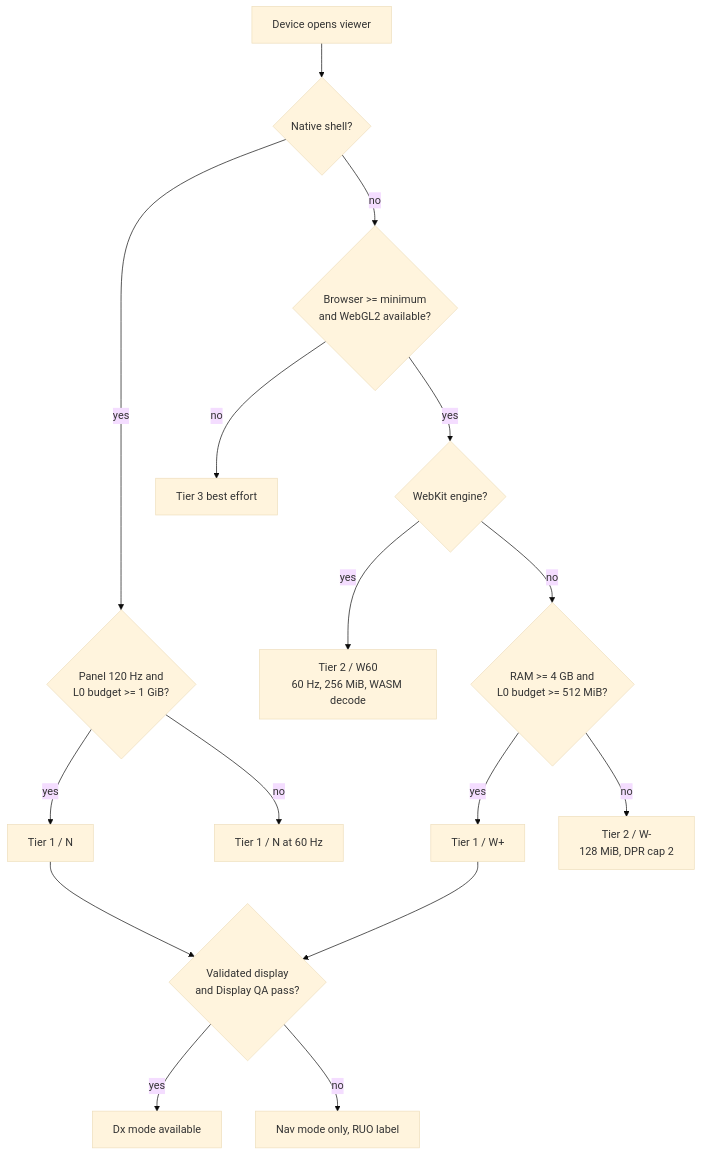
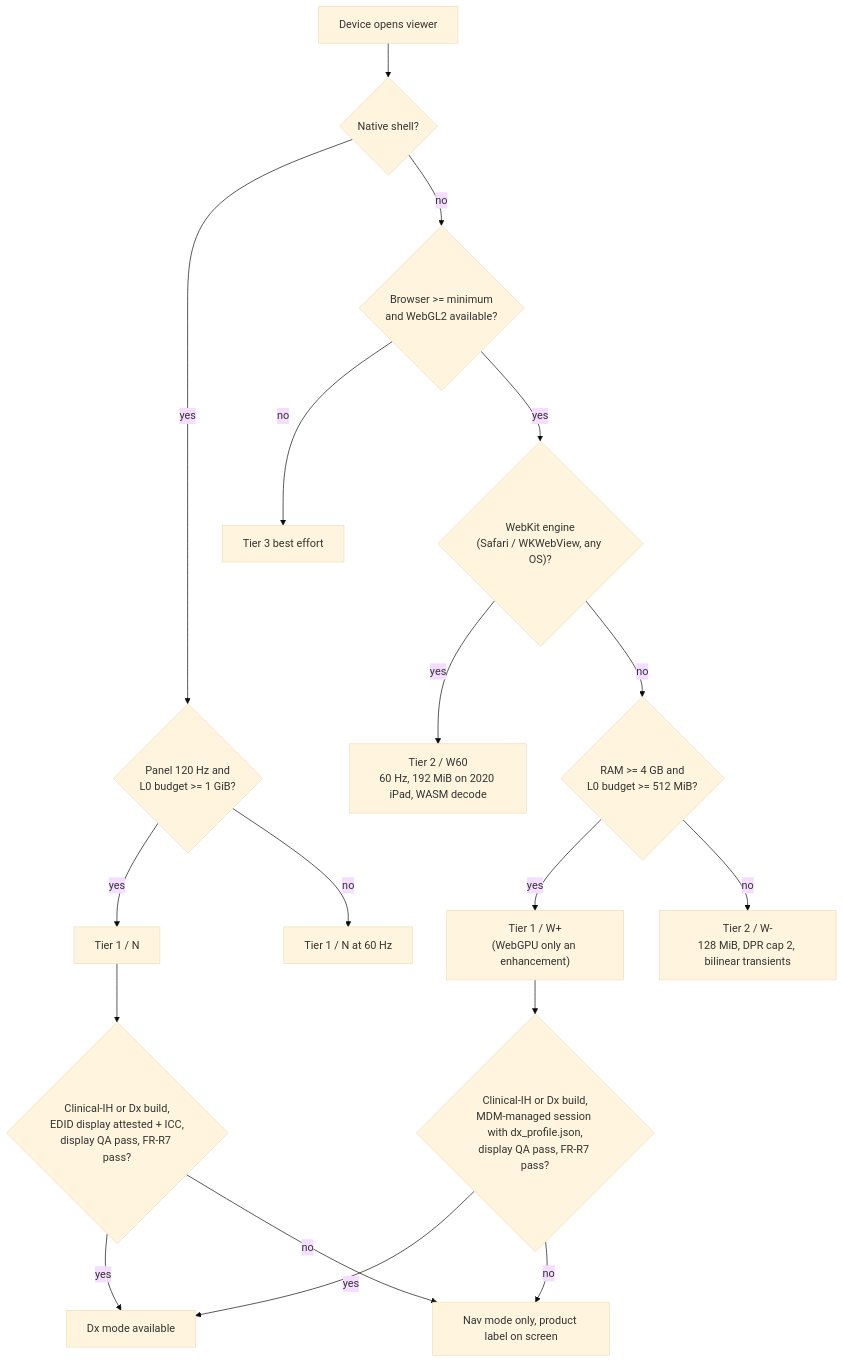
One commit to RPBatman/Stoipath changed the second of 3 diagrams in wsi-viewer/docs/plan/02-requirements.md. Above: the diagram before and after it, drawn with Mermaid (base theme). The commit also changed other lines of this file and 1 other file, not shown here.

````diff
--- a/wsi-viewer/docs/plan/02-requirements.md
+++ b/wsi-viewer/docs/plan/02-requirements.md
@@ -307,18 +327,20 @@
 ```mermaid
 flowchart TD
   A["Device opens viewer"] --> B{"Native shell?"}
   B -- yes --> N1{"Panel 120 Hz and<br/>L0 budget >= 1 GiB?"}
   N1 -- yes --> T1N["Tier 1 / N"]
   N1 -- no --> T1N2["Tier 1 / N at 60 Hz"]
   B -- no --> C{"Browser >= minimum<br/>and WebGL2 available?"}
   C -- no --> T3["Tier 3 best effort"]
-  C -- yes --> D{"WebKit engine?"}
-  D -- yes --> W60["Tier 2 / W60<br/>60 Hz, 256 MiB, WASM decode"]
+  C -- yes --> D{"WebKit engine<br/>(Safari / WKWebView, any OS)?"}
+  D -- yes --> W60["Tier 2 / W60<br/>60 Hz, 192 MiB on 2020 iPad, WASM decode"]
   D -- no --> E{"RAM >= 4 GB and<br/>L0 budget >= 512 MiB?"}
-  E -- yes --> WP["Tier 1 / W+"]
-  E -- no --> WM["Tier 2 / W-<br/>128 MiB, DPR cap 2"]
-  WP --> F{"Validated display<br/>and Display QA pass?"}
-  T1N --> F
+  E -- yes --> WP["Tier 1 / W+<br/>(WebGPU only an enhancement)"]
+  E -- no --> WM["Tier 2 / W-<br/>128 MiB, DPR cap 2, bilinear transients"]
+  WP --> F{"Clinical-IH or Dx build,<br/>MDM-managed session with dx_profile.json,<br/>display QA pass, FR-R7 pass?"}
+  T1N --> G{"Clinical-IH or Dx build,<br/>EDID display attested + ICC,<br/>display QA pass, FR-R7 pass?"}
   F -- yes --> DX["Dx mode available"]
-  F -- no --> NAV["Nav mode only, RUO label"]
+  G -- yes --> DX
+  F -- no --> NAV["Nav mode only, product label on screen"]
+  G -- no --> NAV
 ```
````
